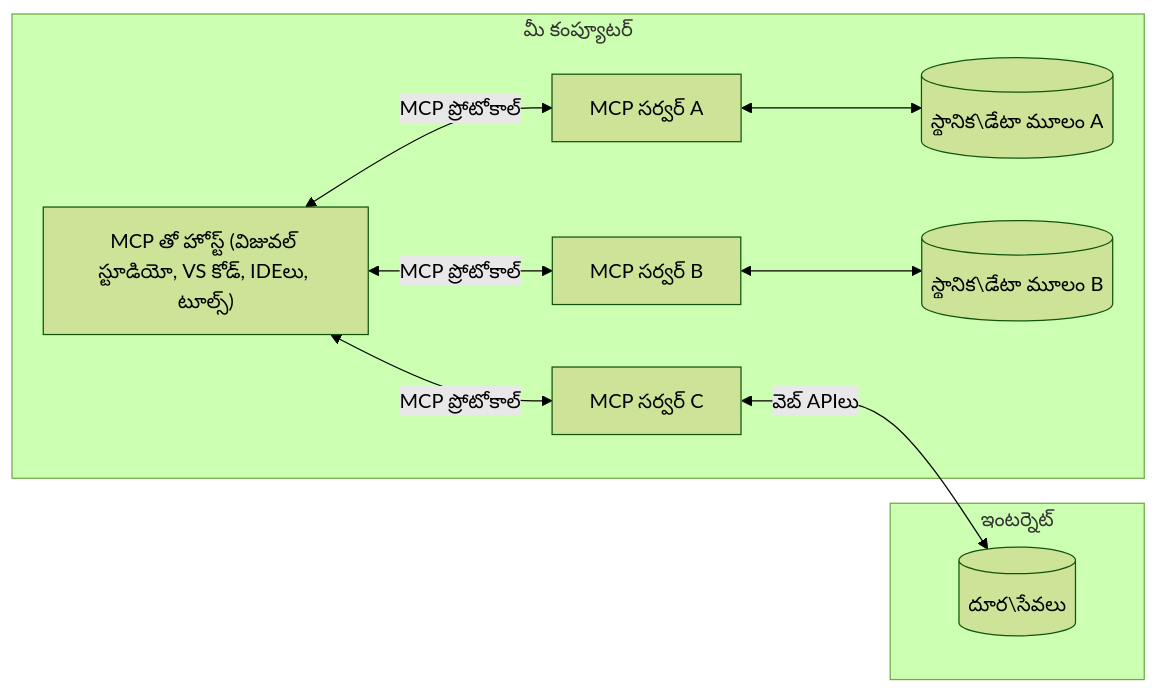
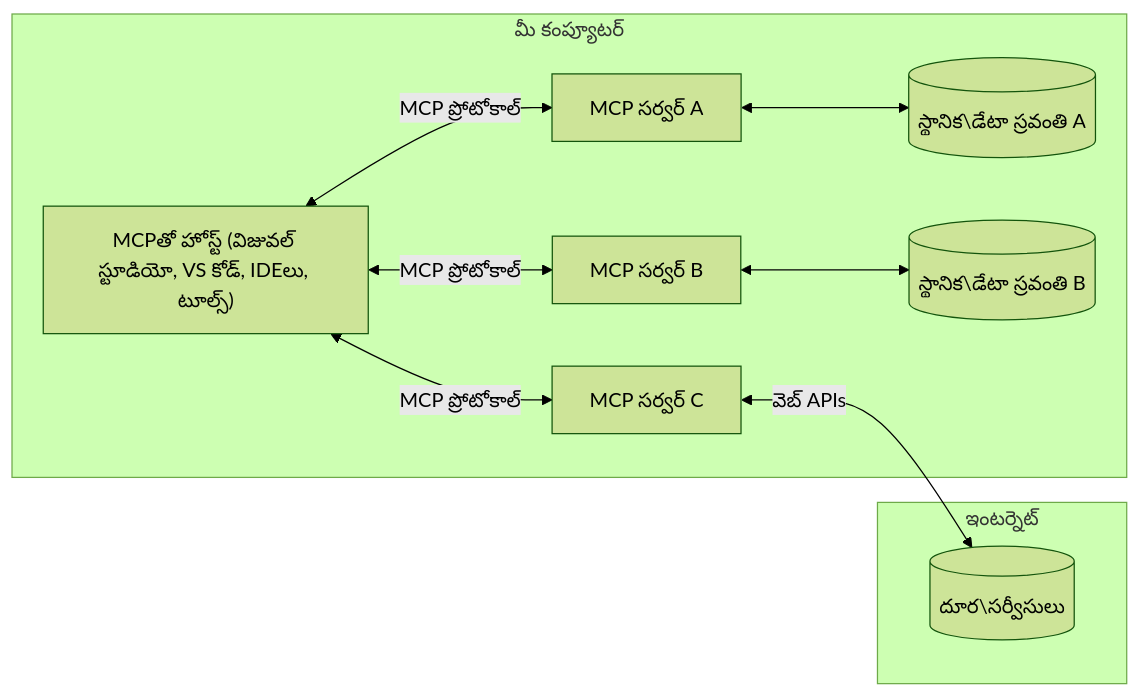
Before and after one commit to Mu-L/mcp-for-beginners: the diagram in translations/te/01-CoreConcepts/README.md, drawn with Mermaid (forest theme). The commit also changed other lines of this file and 110 other files, not shown here.

````diff
--- a/translations/te/01-CoreConcepts/README.md
+++ b/translations/te/01-CoreConcepts/README.md
@@ -45,17 +45,17 @@
 ```mermaid
 flowchart LR
     subgraph "మీ కంప్యూటర్"
-        Host["MCP తో హోస్ట్ (విజువల్ స్టూడియో, VS కోడ్, IDEలు, టూల్స్)"]
+        Host["MCPతో హోస్ట్ (విజువల్ స్టూడియో, VS కోడ్, IDEలు, టూల్స్)"]
         S1["MCP సర్వర్ A"]
         S2["MCP సర్వర్ B"]
         S3["MCP సర్వర్ C"]
         Host <-->|"MCP ప్రోటోకాల్"| S1
         Host <-->|"MCP ప్రోటోకాల్"| S2
         Host <-->|"MCP ప్రోటోకాల్"| S3
-        S1 <--> D1[("స్థానిక\డేటా మూలం A")]
-        S2 <--> D2[("స్థానిక\డేటా మూలం B")]
+        S1 <--> D1[("స్థానిక\డేటా స్రవంతి A")]
+        S2 <--> D2[("స్థానిక\డేటా స్రవంతి B")]
     end
     subgraph "ఇంటర్నెట్"
-        S3 <-->|"వెబ్ APIలు"| D3[("దూర\సేవలు")]
+        S3 <-->|"వెబ్ APIs"| D3[("దూర\సర్వీసులు")]
     end
-```
+```  
````
